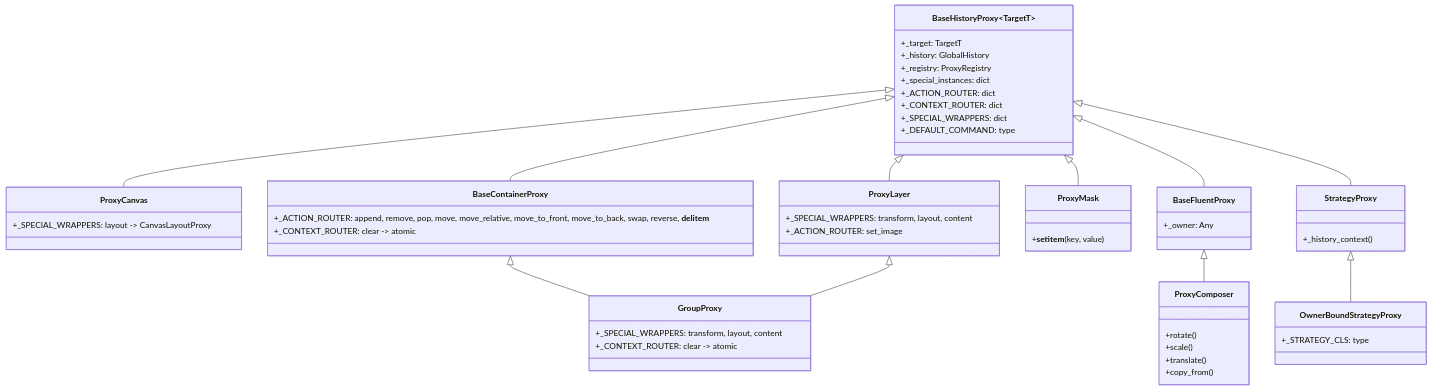
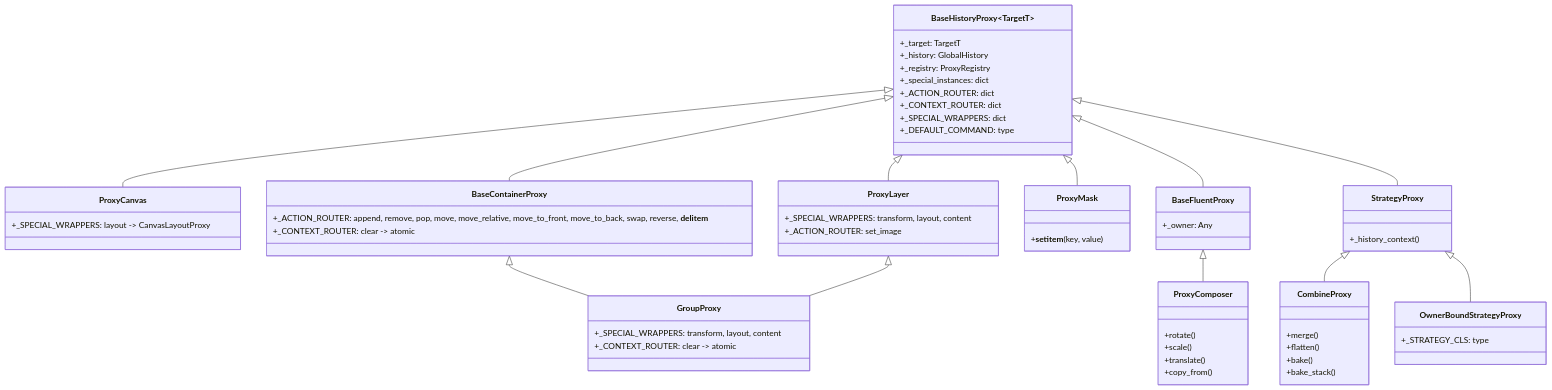
One commit to turpek/anicrop changed the diagram in docs/proxy.md. Above: the diagram before and after it, drawn with Mermaid. The commit also changed other lines of this file and 5 other files, not shown here.

````diff
--- a/docs/proxy.md
+++ b/docs/proxy.md
@@ -22,67 +22,75 @@
 ```mermaid
 classDiagram
     direction TB
     class BaseHistoryProxy~TargetT~ {
         +_target: TargetT
         +_history: GlobalHistory
         +_registry: ProxyRegistry
         +_special_instances: dict
         +_ACTION_ROUTER: dict
         +_CONTEXT_ROUTER: dict
         +_SPECIAL_WRAPPERS: dict
         +_DEFAULT_COMMAND: type
     }
 
     class ProxyCanvas {
         +_SPECIAL_WRAPPERS: layout -> CanvasLayoutProxy
     }
 
     class ProxyLayer {
         +_SPECIAL_WRAPPERS: transform, layout, content
         +_ACTION_ROUTER: set_image
     }
 
     class BaseContainerProxy {
         +_ACTION_ROUTER: append, remove, pop, move, move_relative, move_to_front, move_to_back, swap, reverse, __delitem__
         +_CONTEXT_ROUTER: clear -> atomic
     }
 
     class GroupProxy {
         +_SPECIAL_WRAPPERS: transform, layout, content
         +_CONTEXT_ROUTER: clear -> atomic
     }
 
     class ProxyMask {
         +__setitem__(key, value)
     }
 
     class BaseFluentProxy {
         +_owner: Any
     }
 
     class ProxyComposer {
         +rotate()
         +scale()
         +translate()
         +copy_from()
     }
 
     class StrategyProxy {
         +_history_context()
     }
 
+    class CombineProxy {
+        +merge()
+        +flatten()
+        +bake()
+        +bake_stack()
+    }
+
     class OwnerBoundStrategyProxy {
         +_STRATEGY_CLS: type
     }
 
     BaseHistoryProxy <|-- ProxyCanvas
     BaseHistoryProxy <|-- ProxyLayer
     BaseHistoryProxy <|-- BaseContainerProxy
     BaseContainerProxy <|-- GroupProxy
     ProxyLayer <|-- GroupProxy
     BaseHistoryProxy <|-- ProxyMask
     BaseHistoryProxy <|-- BaseFluentProxy
     BaseFluentProxy <|-- ProxyComposer
     BaseHistoryProxy <|-- StrategyProxy
+    StrategyProxy <|-- CombineProxy
     StrategyProxy <|-- OwnerBoundStrategyProxy
 ```
````
